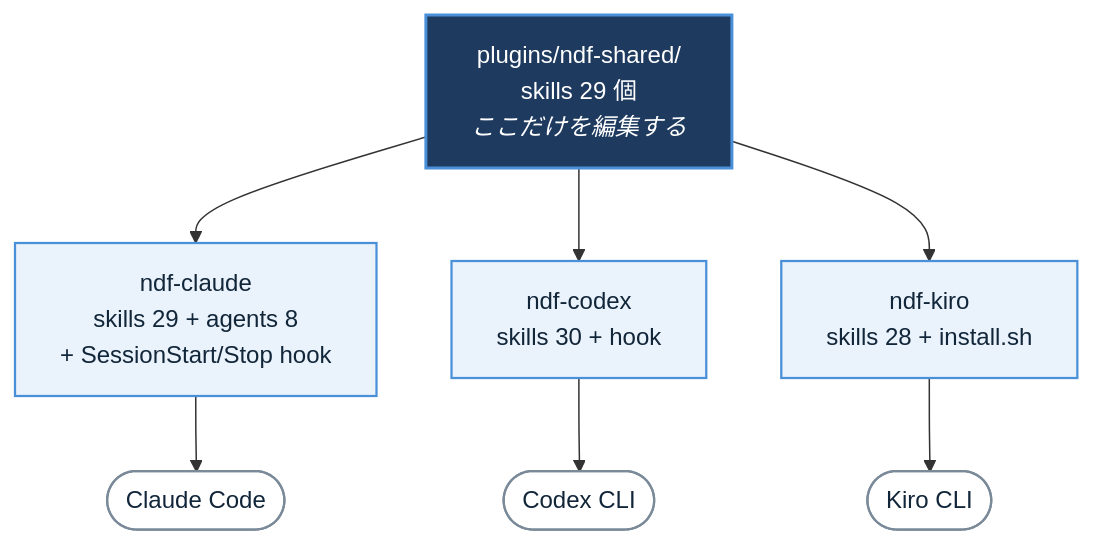
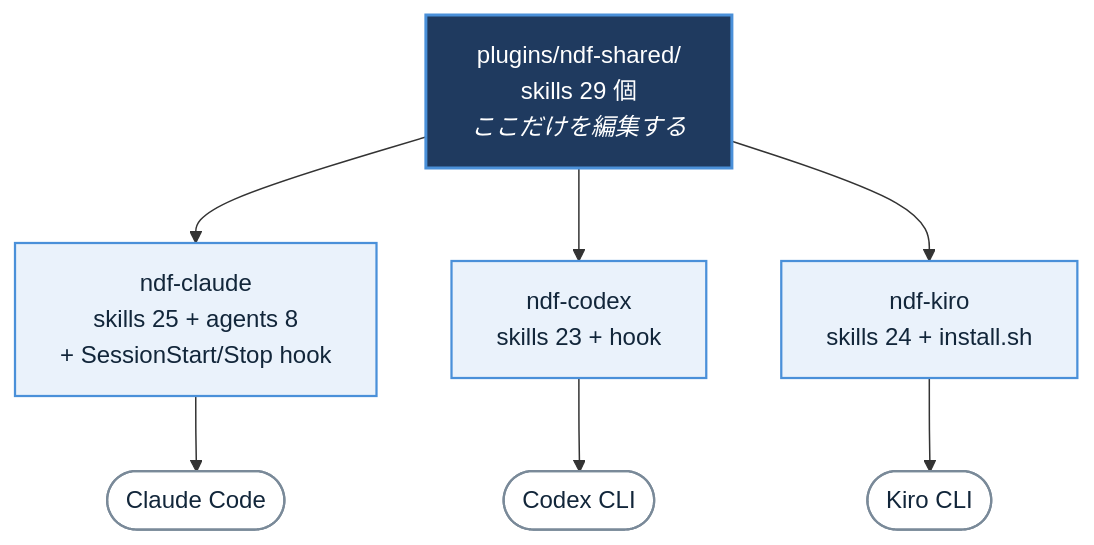
The diagram in docs/presentations/diagrams/overview.mmd (devbasex/ai-plugins), drawn with Mermaid before and after one commit. The commit also changed 179 other files, not shown here.

```diff
--- a/docs/presentations/diagrams/overview.mmd
+++ b/docs/presentations/diagrams/overview.mmd
@@ -1,17 +1,17 @@
 flowchart TB
   S["plugins/ndf-shared/<br/>skills 29 個<br/><i>ここだけを編集する</i>"]
 
-  S --> C["ndf-claude<br/>skills 29 + agents 8<br/>+ SessionStart/Stop hook"]
-  S --> X["ndf-codex<br/>skills 30 + hook"]
-  S --> K["ndf-kiro<br/>skills 28 + install.sh"]
+  S --> C["ndf-claude<br/>skills 25 + agents 8<br/>+ SessionStart/Stop hook"]
+  S --> X["ndf-codex<br/>skills 23 + hook"]
+  S --> K["ndf-kiro<br/>skills 24 + install.sh"]
 
   C --> C2(["Claude Code"])
   X --> X2(["Codex CLI"])
   K --> K2(["Kiro CLI"])
 
   classDef src fill:#1f3a5f,stroke:#4a90d9,stroke-width:2px,color:#ffffff
   classDef dist fill:#eaf2fb,stroke:#4a90d9,stroke-width:1.5px,color:#12263a
   classDef rt fill:#ffffff,stroke:#7a8a99,stroke-width:1.5px,color:#12263a
   class S src
   class C,X,K dist
   class C2,X2,K2 rt
```
